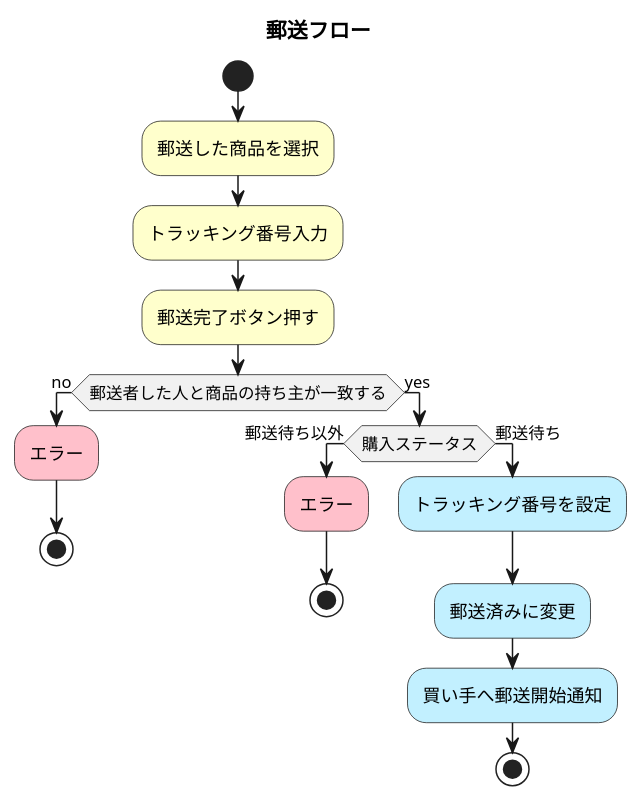
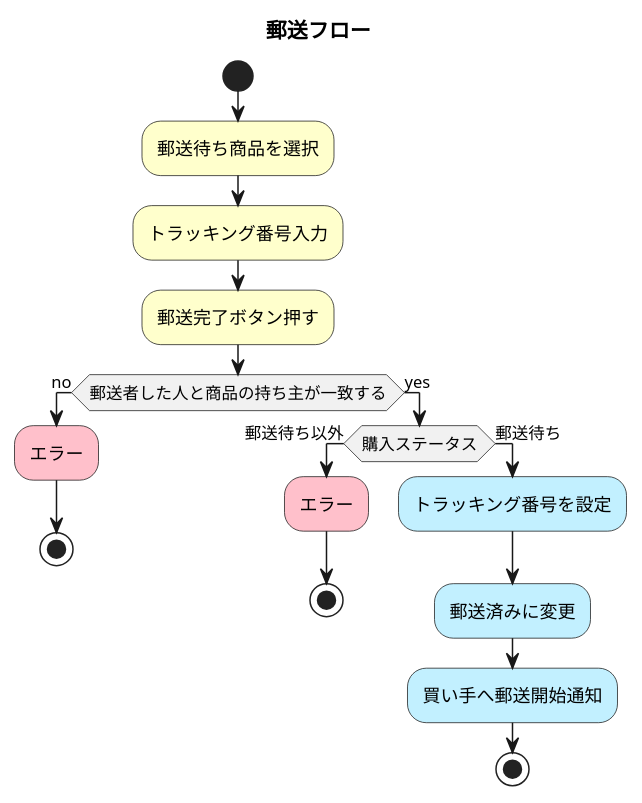
One commit to genenakagaki/laravel-ddd-demo changed the diagram in app/Docs/仕様/郵送フロー.puml. Above: the diagram before and after it, drawn with PlantUML. The commit also changed 6 other files, not shown here.

```diff
--- a/app/Docs/仕様/郵送フロー.puml
+++ b/app/Docs/仕様/郵送フロー.puml
@@ -1,23 +1,23 @@
 @startuml
 title 郵送フロー
 
 start
-#business:郵送した商品を選択;
+#business:郵送待ち商品を選択;
 #business:トラッキング番号入力;
 #business:郵送完了ボタン押す;
 if (郵送者した人と商品の持ち主が一致する) then (no)
     #pink:エラー;
     stop
 else (yes)
     if (購入ステータス) then (郵送待ち以外)
         #pink:エラー;
         stop
     else (郵送待ち)
         #application:トラッキング番号を設定;
         #application:郵送済みに変更;
         #application:買い手へ郵送開始通知;
         stop
     endif
 endif
 
 @enduml
```
